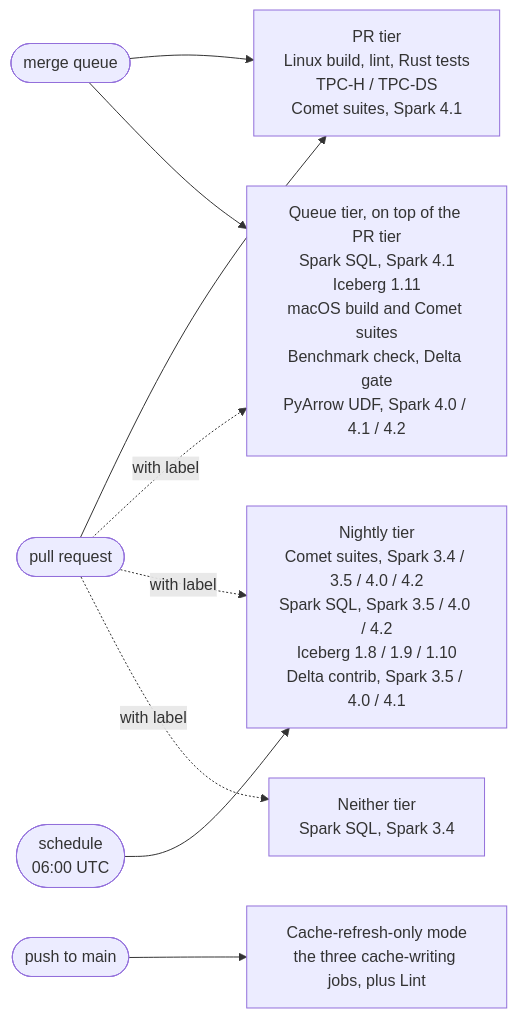
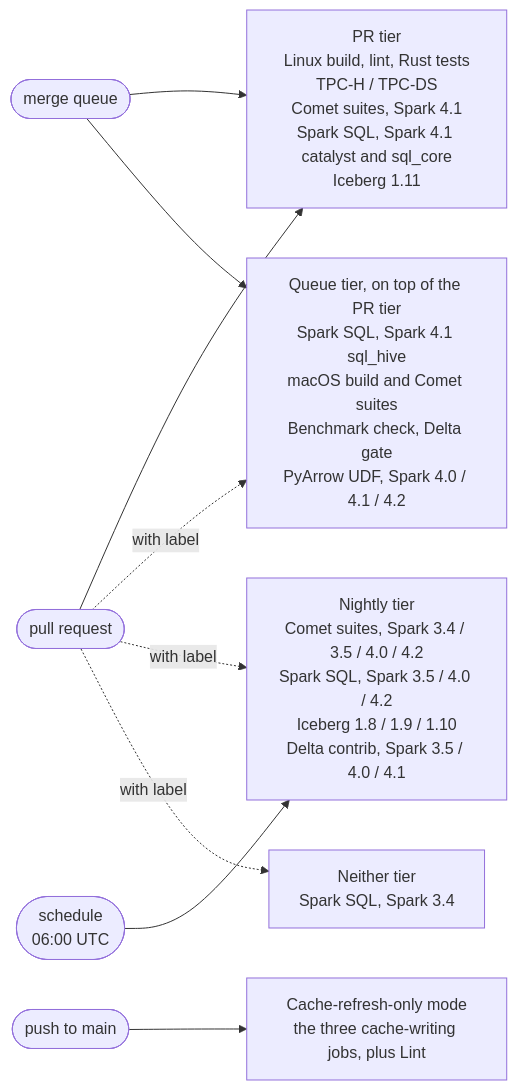
Before and after one commit to apache/datafusion-comet: the diagram in docs/source/contributor-guide/ci.md, drawn with Mermaid. The commit also changed other lines of this file and 5 other files, not shown here.

First line of the commit message:
ci: run Spark SQL 4.1 and Iceberg 1.11 on every pull request

````diff
--- a/docs/source/contributor-guide/ci.md
+++ b/docs/source/contributor-guide/ci.md
@@ -35,17 +35,17 @@
 ```mermaid
 flowchart LR
   PR([pull request]) --> PRTIER
   PR -. with label .-> QUEUE
   PR -. with label .-> NIGHTLY
   PR -. with label .-> S34
   MQ([merge queue]) --> PRTIER
   MQ --> QUEUE
   CRON([schedule<br>06:00 UTC]) --> NIGHTLY
   PUSH([push to main]) --> CACHE
 
-  PRTIER["PR tier<br>Linux build, lint, Rust tests<br>TPC-H / TPC-DS<br>Comet suites, Spark 4.1"]
-  QUEUE["Queue tier, on top of the PR tier<br>Spark SQL, Spark 4.1<br>Iceberg 1.11<br>macOS build and Comet suites<br>Benchmark check, Delta gate<br>PyArrow UDF, Spark 4.0 / 4.1 / 4.2"]
+  PRTIER["PR tier<br>Linux build, lint, Rust tests<br>TPC-H / TPC-DS<br>Comet suites, Spark 4.1<br>Spark SQL, Spark 4.1 catalyst and sql_core<br>Iceberg 1.11"]
+  QUEUE["Queue tier, on top of the PR tier<br>Spark SQL, Spark 4.1 sql_hive<br>macOS build and Comet suites<br>Benchmark check, Delta gate<br>PyArrow UDF, Spark 4.0 / 4.1 / 4.2"]
   NIGHTLY["Nightly tier<br>Comet suites, Spark 3.4 / 3.5 / 4.0 / 4.2<br>Spark SQL, Spark 3.5 / 4.0 / 4.2<br>Iceberg 1.8 / 1.9 / 1.10<br>Delta contrib, Spark 3.5 / 4.0 / 4.1"]
   S34["Neither tier<br>Spark SQL, Spark 3.4"]
   CACHE["Cache-refresh-only mode<br>the three cache-writing jobs, plus Lint"]
 ```
````
